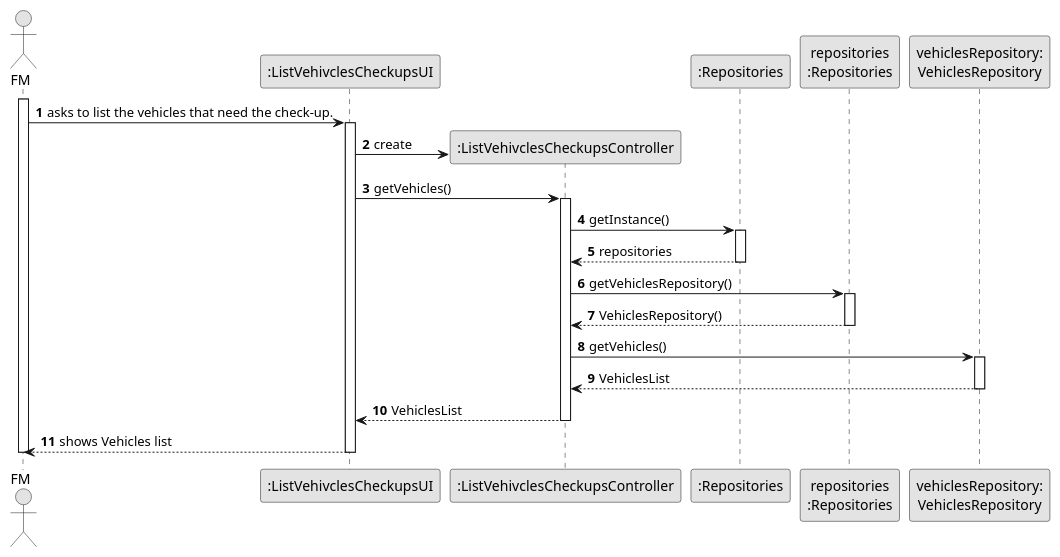
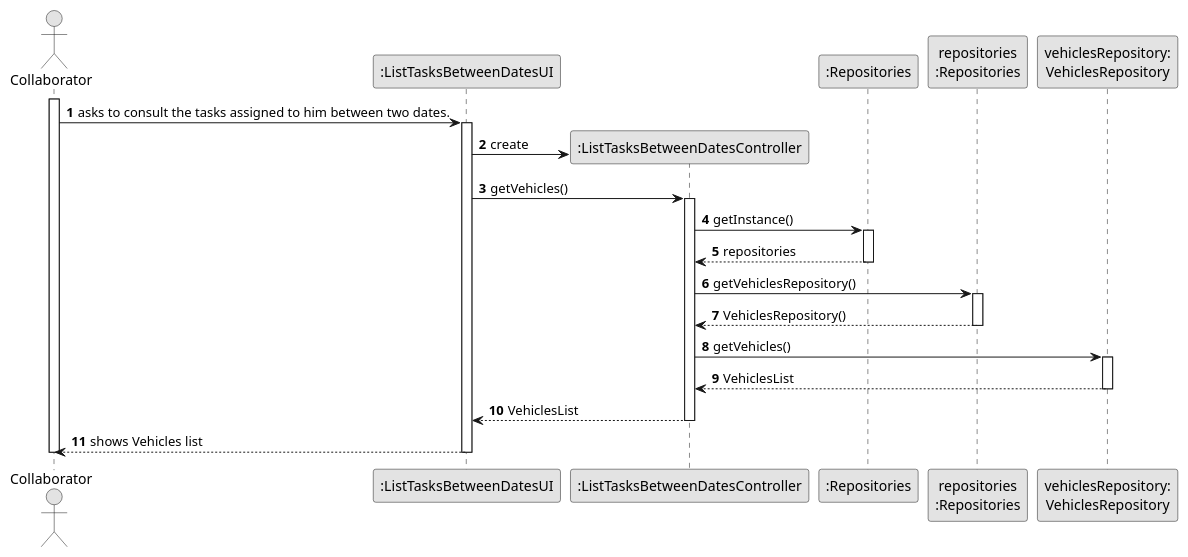
The diagram in docs/sprintC/us028/03.design/puml/us008-sequence-diagram-full.puml (Departamento-de-Engenharia-Informatica/lei-24-s2-1do-g164), drawn with PlantUML before and after one commit. The commit also changed 1 other file, not shown here.

```diff
--- a/docs/sprintC/us028/03.design/puml/us008-sequence-diagram-full.puml
+++ b/docs/sprintC/us028/03.design/puml/us008-sequence-diagram-full.puml
@@ -1,57 +1,57 @@
 @startuml
 skinparam monochrome true
 skinparam packageStyle rectangle
 skinparam shadowing false
 
 autonumber
 
 'hide footbox
-actor "FM" as ADM
-participant ":ListVehivclesCheckupsUI" as UI
-participant ":ListVehivclesCheckupsController" as CTRL
+actor "Collaborator" as ADM
+participant ":ListTasksBetweenDatesUI" as UI
+participant ":ListTasksBetweenDatesController" as CTRL
 participant ":Repositories" as RepositorySingleton
 participant "repositories\n:Repositories" as PLAT
 participant "vehiclesRepository:\nVehiclesRepository" as TaskCategoryRepository
 
 
 activate ADM
 
-        ADM -> UI : asks to list the vehicles that need the check-up.
+        ADM -> UI : asks to consult the tasks assigned to him between two dates.
 
         activate UI
 
 '            UI --> ADM : requests data (reference, description,  informal \n description, technical description, duration, cost)
             'create CTRL
             UI -> CTRL** : create
 
             UI -> CTRL : getVehicles()
             activate CTRL
 
                 CTRL -> RepositorySingleton : getInstance()
                 activate RepositorySingleton
 
                     RepositorySingleton --> CTRL: repositories
                 deactivate RepositorySingleton
 
                 CTRL -> PLAT : getVehiclesRepository()
                 activate PLAT
 
                     PLAT --> CTRL: VehiclesRepository()
                 deactivate PLAT
 
                 CTRL -> TaskCategoryRepository : getVehicles()
                 activate TaskCategoryRepository
 
                     TaskCategoryRepository --> CTRL : VehiclesList
                 deactivate TaskCategoryRepository
 
                 CTRL --> UI : VehiclesList
             deactivate CTRL
 
             UI --> ADM : shows Vehicles list
         deactivate UI
 
 
 deactivate ADM
 
 @enduml
```
